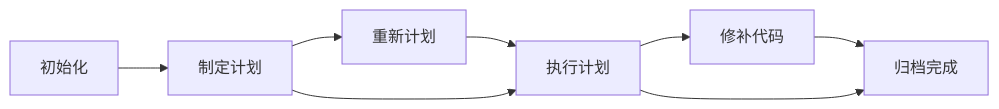
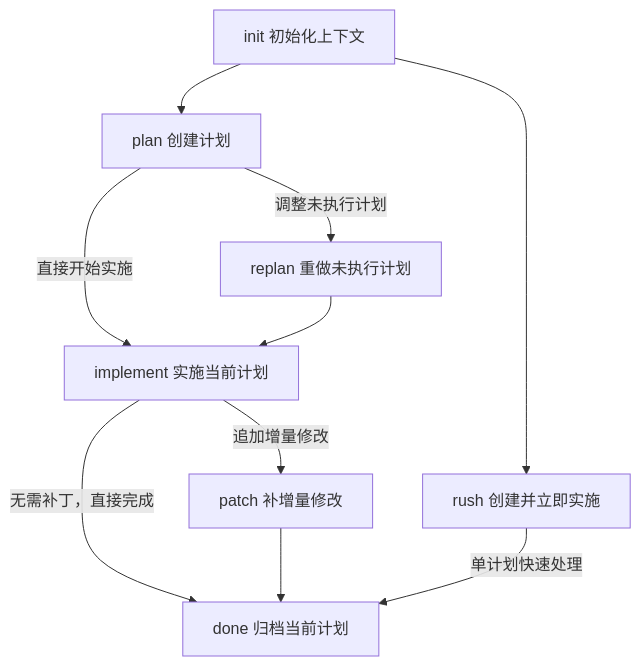
The diagram in docs/content/packages/agent-context/index.md (cabinet-fe/cat-kit), drawn with Mermaid before and after one commit. The commit also changed other lines of this file and 7 other files, not shown here.

````diff
--- a/docs/content/packages/agent-context/index.md
+++ b/docs/content/packages/agent-context/index.md
@@ -22,10 +15,20 @@
 ```mermaid
-graph LR
-    init[初始化] --> plan[制定计划]
-    plan --> replan[重新计划]
-    replan --> implement[执行计划]
-    plan --> implement
-    implement --> patch[修补代码]
-    patch --> done[归档完成]
-    implement --> done
+flowchart TD
+    init[init 初始化上下文]
+    plan[plan 创建计划]
+    replan[replan 重做未执行计划]
+    implement[implement 实施当前计划]
+    patch[patch 补增量修改]
+    done[done 归档当前计划]
+    rush[rush 创建并立即实施]
+
+    init --> plan
+    init --> rush
+    plan -->|调整未执行计划| replan
+    plan -->|直接开始实施| implement
+    replan --> implement
+    implement -->|追加增量修改| patch
+    implement -->|无需补丁，直接完成| done
+    patch --> done
+    rush -->|单计划快速处理| done
 ```
````
